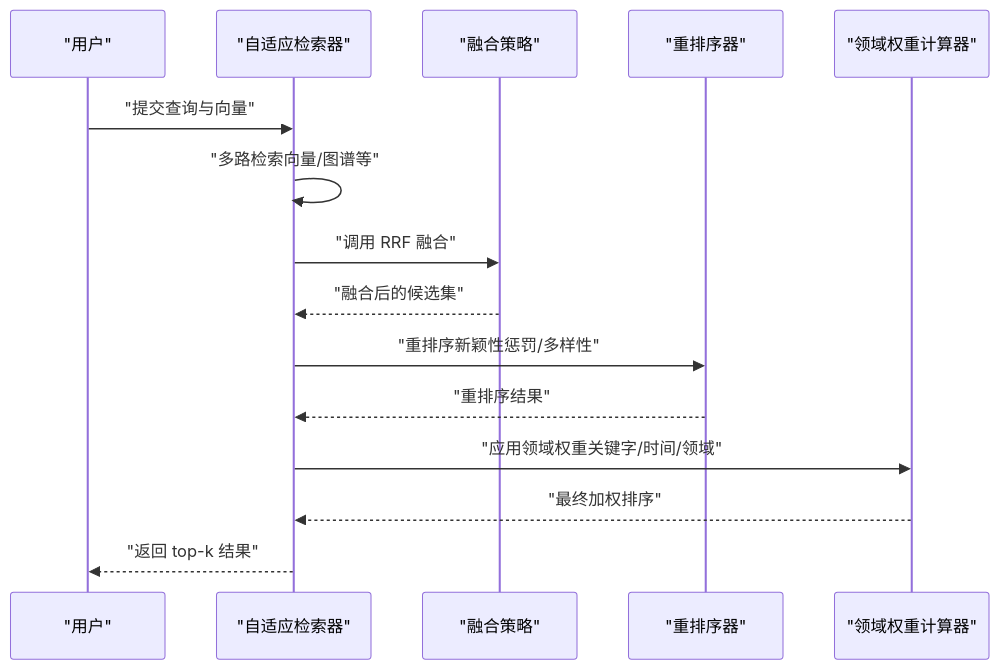
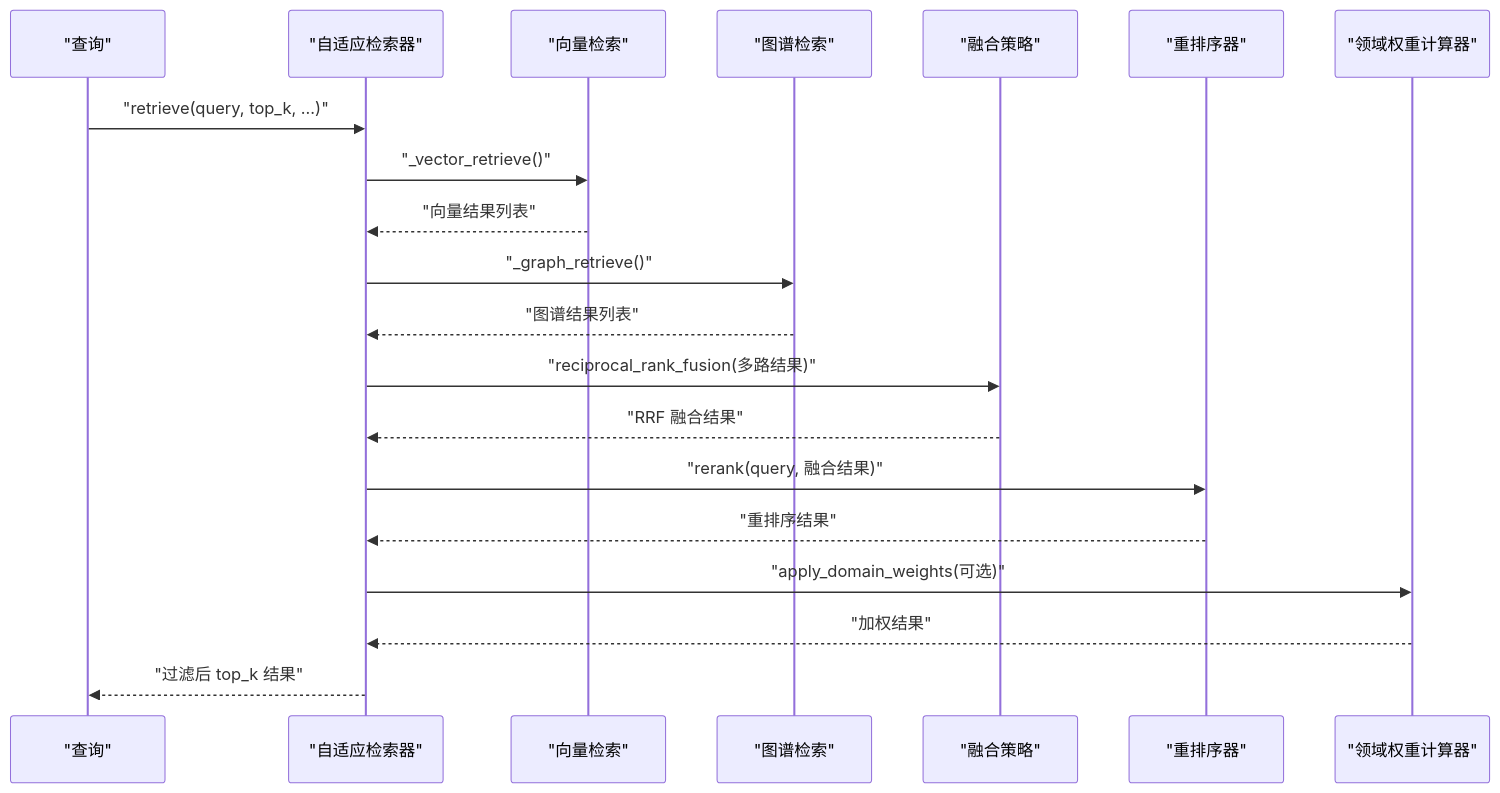
One commit to JieGaoPrinceton/NecoRAG changed the second of 4 diagrams in .qoder/repowiki/zh/content/检索引擎模块/结果融合策略.md. Above: the diagram before and after it, drawn with Mermaid. The commit also changed other lines of this file and 181 other files, not shown here.

````diff
--- a/.qoder/repowiki/zh/content/检索引擎模块/结果融合策略.md
+++ b/.qoder/repowiki/zh/content/检索引擎模块/结果融合策略.md
@@ -111,17 +105,22 @@
 ```mermaid
 sequenceDiagram
-participant U as "用户"
-participant R as "自适应检索器"
-participant S as "融合策略"
-participant E as "重排序器"
-participant W as "领域权重计算器"
-U->>R : "提交查询与向量"
-R->>R : "多路检索向量/图谱等"
-R->>S : "调用 RRF 融合"
-S-->>R : "融合后的候选集"
-R->>E : "重排序新颖性惩罚/多样性"
-E-->>R : "重排序结果"
-R->>W : "应用领域权重关键字/时间/领域"
-W-->>R : "最终加权排序"
-R-->>U : "返回 top-k 结果"
+participant Q as "查询"
+participant AR as "自适应检索器"
+participant VR as "向量检索"
+participant GR as "图谱检索"
+participant FS as "融合策略"
+participant RR as "重排序器"
+participant WC as "领域权重计算器"
+Q->>AR : "retrieve(query, top_k, ...)"
+AR->>VR : "_vector_retrieve()"
+VR-->>AR : "向量结果列表"
+AR->>GR : "_graph_retrieve()"
+GR-->>AR : "图谱结果列表"
+AR->>FS : "reciprocal_rank_fusion(多路结果)"
+FS-->>AR : "RRF 融合结果"
+AR->>RR : "rerank(query, 融合结果)"
+RR-->>AR : "重排序结果"
+AR->>WC : "apply_domain_weights(可选)"
+WC-->>AR : "加权结果"
+AR-->>Q : "过滤后 top_k 结果"
 ```
````
